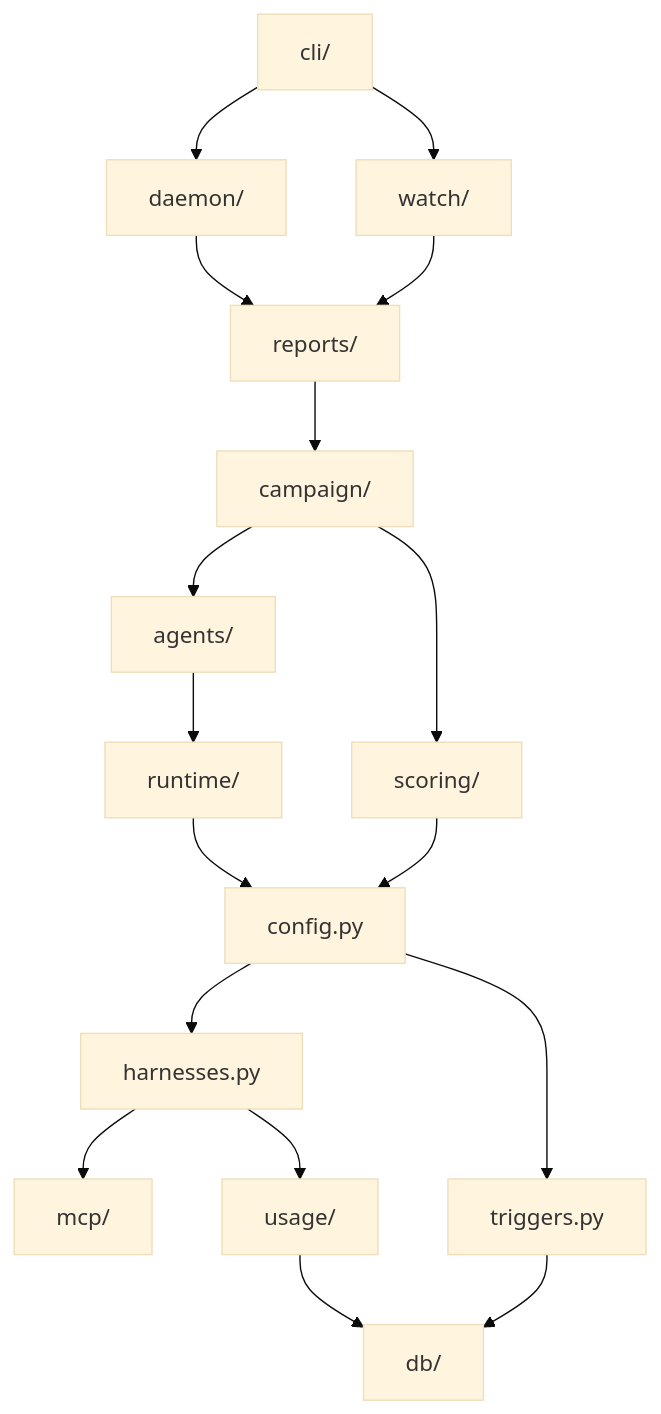
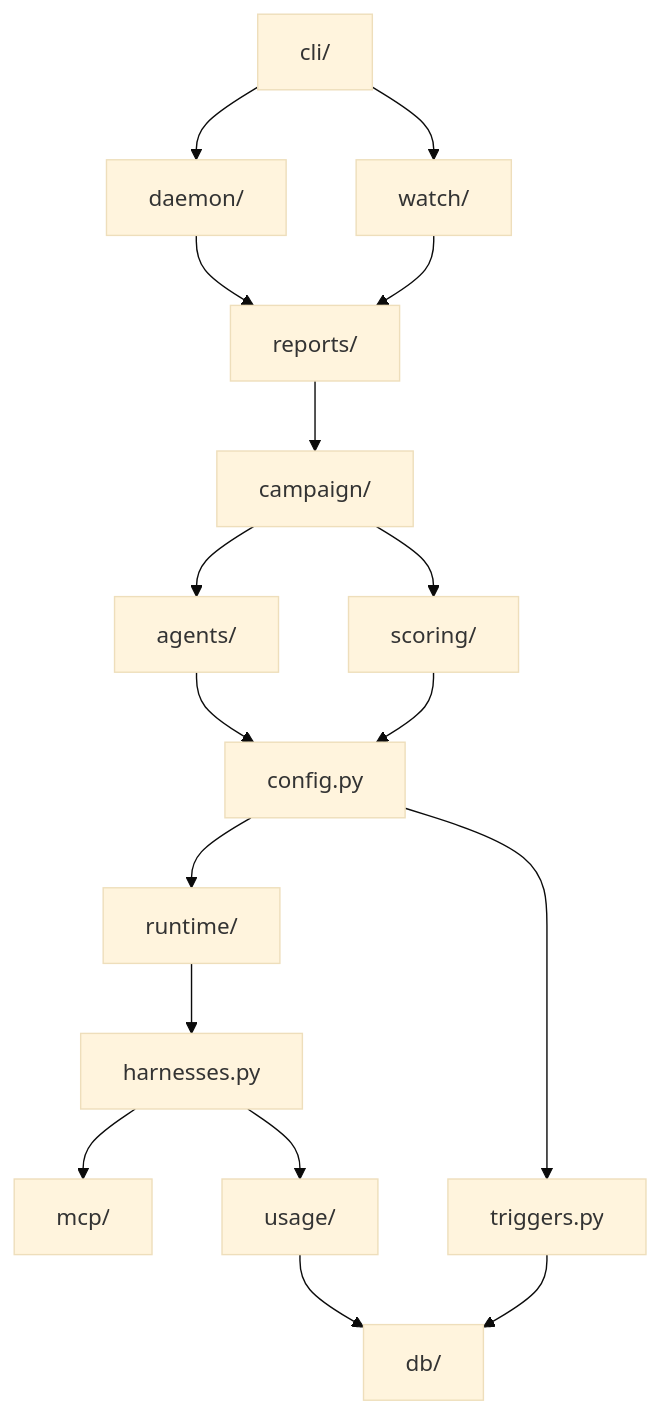
The diagram in docs/architecture/code-layout.mdx (VatsaDev/piloop), drawn with Mermaid (base theme) before and after one commit. The commit also changed other lines of this file and 31 other files, not shown here.

````diff
--- a/docs/architecture/code-layout.mdx
+++ b/docs/architecture/code-layout.mdx
@@ -27,33 +27,33 @@
 ```mermaid
 flowchart TB
     agents["agents/"]
     campaign["campaign/"]
     cli["cli/"]
     config["config.py"]
     daemon["daemon/"]
     db["db/"]
     harnesses["harnesses.py"]
     mcp["mcp/"]
     reports["reports/"]
     runtime["runtime/"]
     scoring["scoring/"]
     triggers["triggers.py"]
     usage["usage/"]
     watch["watch/"]
-    agents --> runtime
+    agents --> config
     campaign --> agents
     campaign --> scoring
     cli --> daemon
     cli --> watch
-    config --> harnesses
+    config --> runtime
     config --> triggers
     daemon --> reports
     harnesses --> mcp
     harnesses --> usage
     reports --> campaign
-    runtime --> config
+    runtime --> harnesses
     scoring --> config
     triggers --> db
     usage --> db
     watch --> reports
 ```
````
